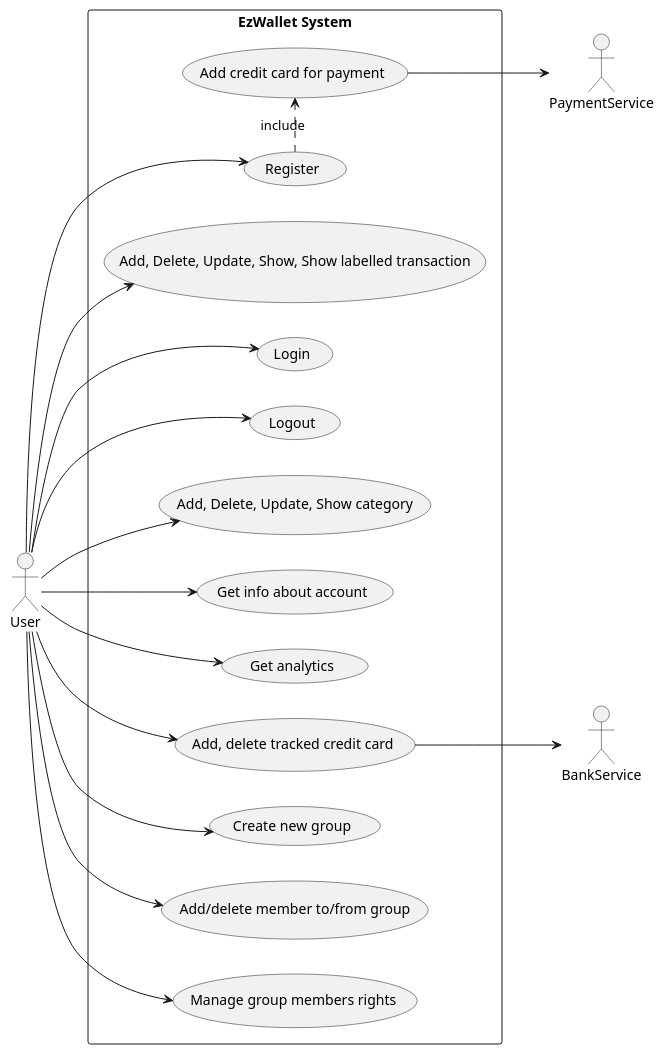
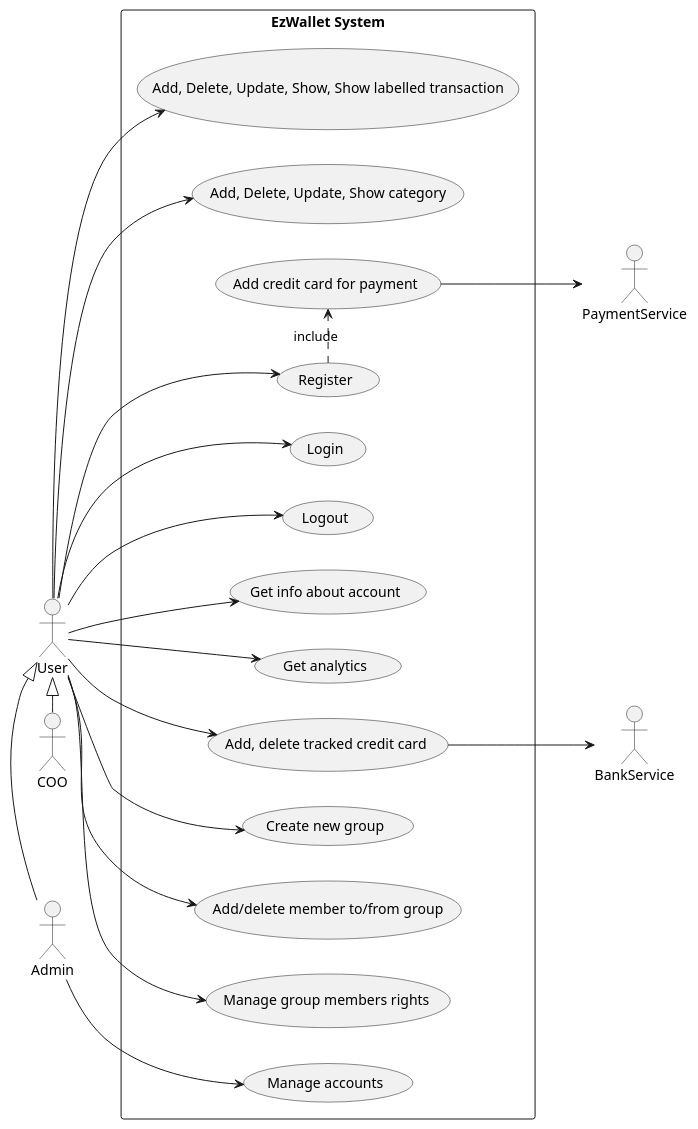
The second of 5 diagrams in RequirementsDocumentV2.md (lara-m2000/ezwallet), drawn with PlantUML before and after one commit. The commit also changed other lines of this file, not shown here.

Commit message:
docs: updated use case diagram and use cases

````diff
--- a/RequirementsDocumentV2.md
+++ b/RequirementsDocumentV2.md
@@ -237,47 +236,54 @@
 ```plantuml
 @startuml
 left to right direction
 
 actor User
+actor COO
+actor Admin
 actor PaymentService
 actor BankService
 
 rectangle "EzWallet System" as System {
+	User <|- Admin
+	User <|- COO
+
 	usecase "Add, Delete, Update, Show, Show labelled transaction" as Transaction
 
 	usecase Register
 	usecase Login
 	usecase Logout
 
 	usecase "Add, Delete, Update, Show category" as Category
 
 	usecase "Get info about account" as UUsers
 	usecase "Get analytics" as ShowAnalytics
 	usecase "Add, delete tracked credit card" as CreditCard
 	usecase "Add credit card for payment" as CreditCardPayment
 	usecase "Create new group" as CreateGroup
 	usecase "Add/delete member to/from group" as AddDeleteToGroup
 	usecase "Manage group members rights" as ManageMemberRights
+	usecase "Manage accounts" as ManageAccounts
 }
 
-User --> Transaction
-User --> Category
-User --> Register
-User --> Login
-User --> Logout
+User -> Transaction
+User -> Category
+User -> Register
+User -> Login
+User -> Logout
 User --> UUsers
 User --> ShowAnalytics
 User --> CreditCard
 User --> CreateGroup
 User --> AddDeleteToGroup
 User --> ManageMemberRights
+Admin --> ManageAccounts
 
 Register .> CreditCardPayment : include
 
 CreditCardPayment --> PaymentService
 CreditCard --> BankService
 
 
 
 @enduml
 ```
````
